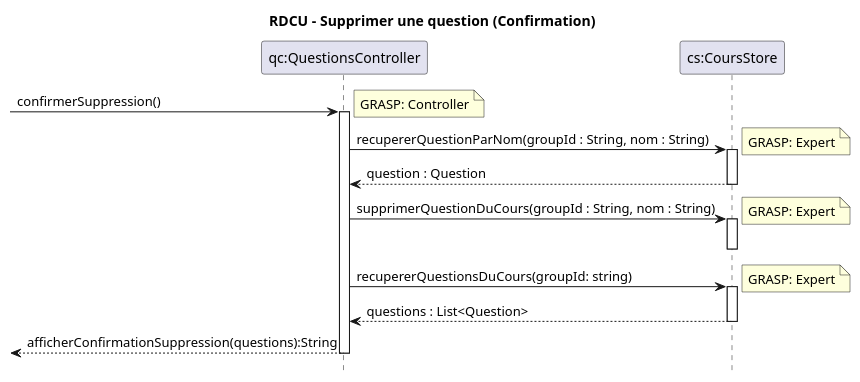
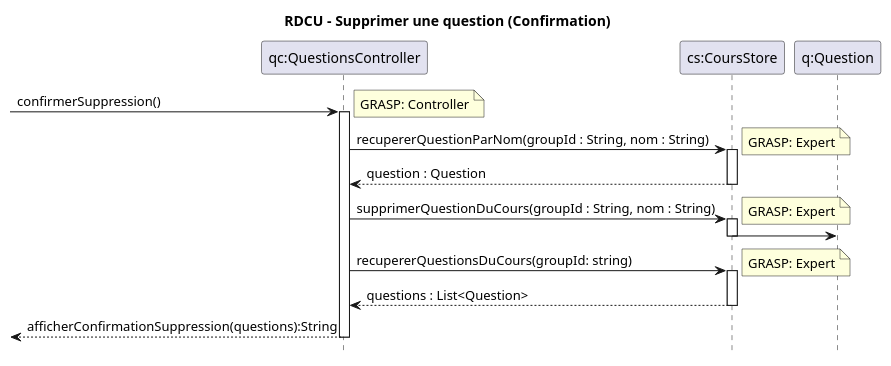
The diagram in docs/modeles/cu02/rdcu-confirmation-suppression.puml (xMrYahya/moodle-clone), drawn with PlantUML before and after one commit. The commit also changed 26 other files, not shown here.

Commit message:
Fix des diagrams ajout et modifier

```diff
--- a/docs/modeles/cu02/rdcu-confirmation-suppression.puml
+++ b/docs/modeles/cu02/rdcu-confirmation-suppression.puml
@@ -1,33 +1,36 @@
 @startuml
 hide footbox
 title RDCU – Supprimer une question (Confirmation)
 
 participant "qc:QuestionsController" as QC
 participant "cs:CoursStore" as CS
+participant "q:Question" as QS
 
 -> QC : confirmerSuppression()
 note right: GRASP: Controller
 activate QC
 
 QC -> CS : recupererQuestionParNom(groupId : String, nom : String)
 note right: GRASP: Expert
 activate CS
 CS --> QC : question : Question
 deactivate CS
 
 QC -> CS : supprimerQuestionDuCours(groupId : String, nom : String)
 note right: GRASP: Expert
 activate CS
+CS -> QS --:  
+
 deactivate CS
 
 QC -> CS : recupererQuestionsDuCours(groupId: string)
 note right: GRASP: Expert
 activate CS
 CS --> QC : questions : List<Question>
 deactivate CS
 
 <-- QC : afficherConfirmationSuppression(questions):String
 
 deactivate QC
 
 @enduml
```
